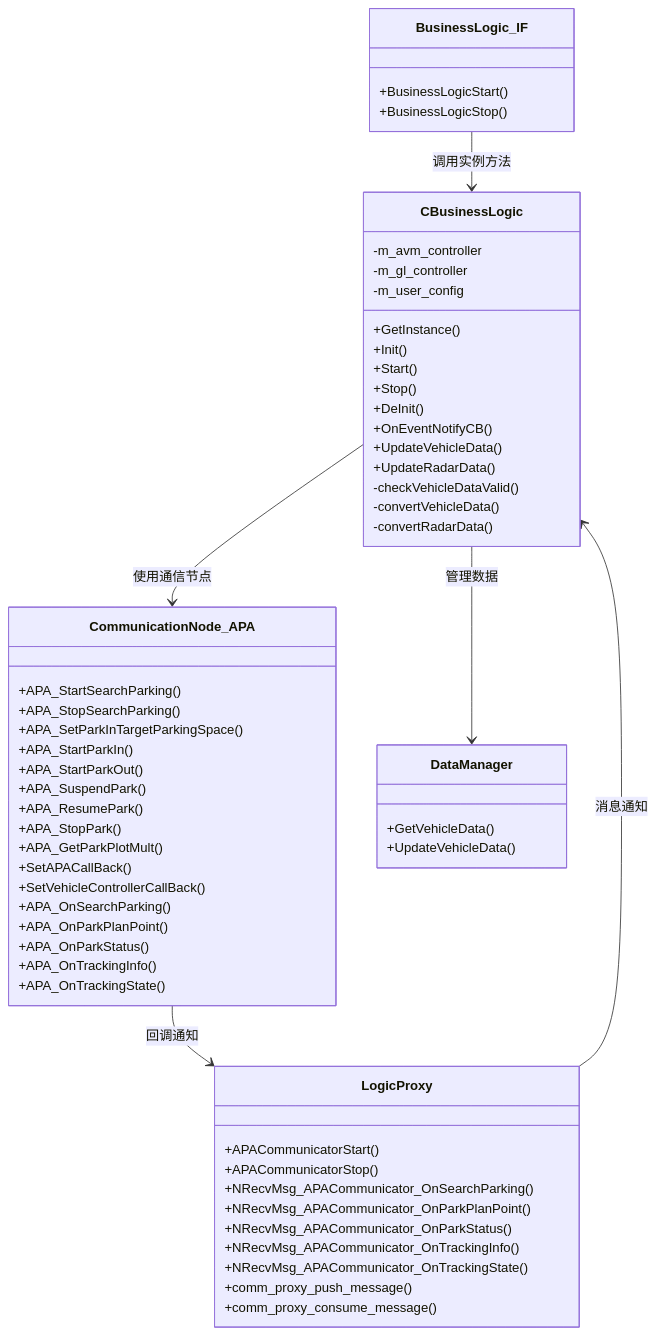
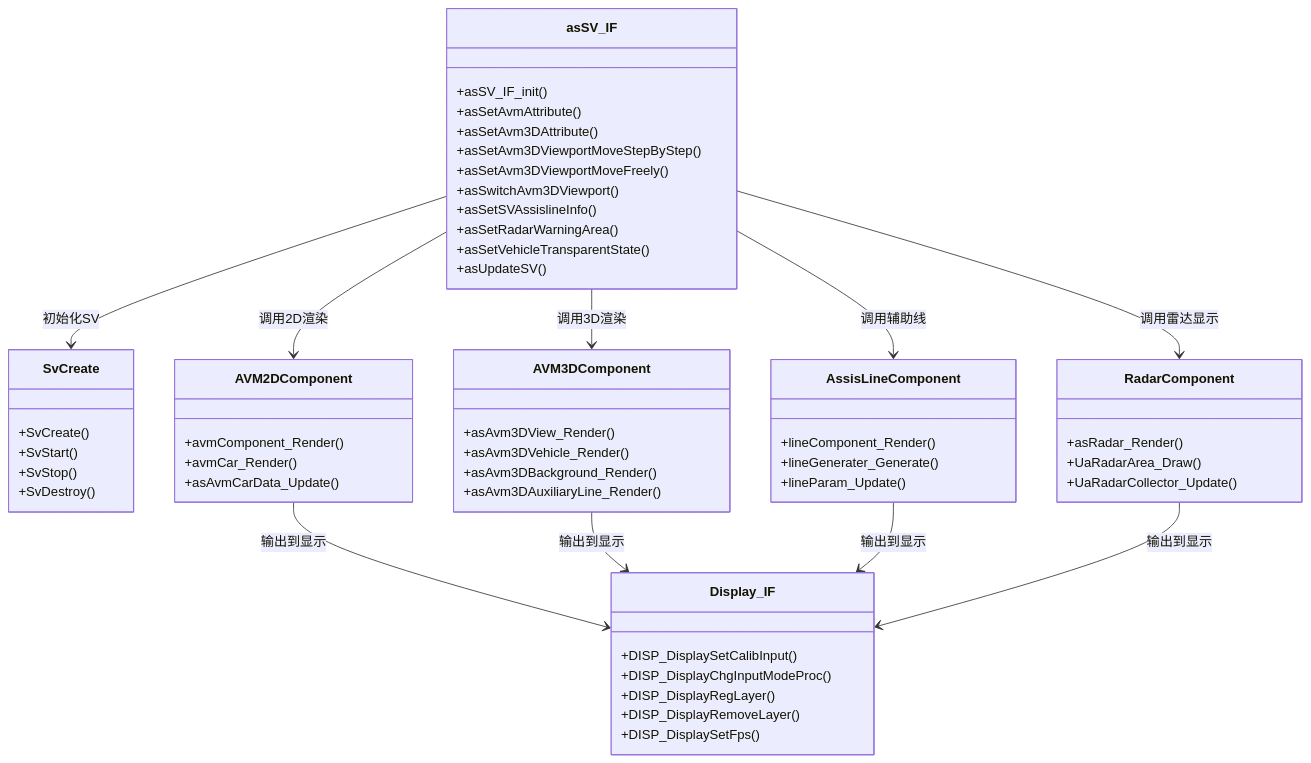
Before and after one commit to wangye311/AVM: the third of 9 diagrams in 项目架构图.md, drawn with Mermaid. The commit also changed other lines of this file, not shown here.

````diff
--- a/项目架构图.md
+++ b/项目架构图.md
@@ -443,66 +197,65 @@
 ```mermaid
 classDiagram
-    class BusinessLogic_IF {
-        +BusinessLogicStart()
-        +BusinessLogicStop()
+    class asSV_IF {
+        +asSV_IF_init()
+        +asSetAvmAttribute()
+        +asSetAvm3DAttribute()
+        +asSetAvm3DViewportMoveStepByStep()
+        +asSetAvm3DViewportMoveFreely()
+        +asSwitchAvm3DViewport()
+        +asSetSVAssislineInfo()
+        +asSetRadarWarningArea()
+        +asSetVehicleTransparentState()
+        +asUpdateSV()
     }
     
-    class CBusinessLogic {
-        -m_avm_controller
-        -m_gl_controller
-        -m_user_config
-        +GetInstance()
-        +Init()
-        +Start()
-        +Stop()
-        +DeInit()
-        +OnEventNotifyCB()
-        +UpdateVehicleData()
-        +UpdateRadarData()
-        -checkVehicleDataValid()
-        -convertVehicleData()
-        -convertRadarData()
+    class SvCreate {
+        +SvCreate()
+        +SvStart()
+        +SvStop()
+        +SvDestroy()
     }
     
-    class CommunicationNode_APA {
-        +APA_StartSearchParking()
-        +APA_StopSearchParking()
-        +APA_SetParkInTargetParkingSpace()
-        +APA_StartParkIn()
-        +APA_StartParkOut()
-        +APA_SuspendPark()
-        +APA_ResumePark()
-        +APA_StopPark()
-        +APA_GetParkPlotMult()
-        +SetAPACallBack()
-        +SetVehicleControllerCallBack()
-        +APA_OnSearchParking()
-        +APA_OnParkPlanPoint()
-        +APA_OnParkStatus()
-        +APA_OnTrackingInfo()
-        +APA_OnTrackingState()
+    class AVM2DComponent {
+        +avmComponent_Render()
+        +avmCar_Render()
+        +asAvmCarData_Update()
     }
     
-    class LogicProxy {
-        +APACommunicatorStart()
-        +APACommunicatorStop()
-        +NRecvMsg_APACommunicator_OnSearchParking()
-        +NRecvMsg_APACommunicator_OnParkPlanPoint()
-        +NRecvMsg_APACommunicator_OnParkStatus()
-        +NRecvMsg_APACommunicator_OnTrackingInfo()
-        +NRecvMsg_APACommunicator_OnTrackingState()
-        +comm_proxy_push_message()
-        +comm_proxy_consume_message()
+    class AVM3DComponent {
+        +asAvm3DView_Render()
+        +asAvm3DVehicle_Render()
+        +asAvm3DBackground_Render()
+        +asAvm3DAuxiliaryLine_Render()
     }
     
-    class DataManager {
-        +GetVehicleData()
-        +UpdateVehicleData()
+    class AssisLineComponent {
+        +lineComponent_Render()
+        +lineGenerater_Generate()
+        +lineParam_Update()
     }
     
-    BusinessLogic_IF --> CBusinessLogic : 调用实例方法
-    CBusinessLogic --> CommunicationNode_APA : 使用通信节点
-    CBusinessLogic --> DataManager : 管理数据
-    CommunicationNode_APA --> LogicProxy : 回调通知
-    LogicProxy --> CBusinessLogic : 消息通知
+    class RadarComponent {
+        +asRadar_Render()
+        +UaRadarArea_Draw()
+        +UaRadarCollector_Update()
+    }
+    
+    class Display_IF {
+        +DISP_DisplaySetCalibInput()
+        +DISP_DisplayChgInputModeProc()
+        +DISP_DisplayRegLayer()
+        +DISP_DisplayRemoveLayer()
+        +DISP_DisplaySetFps()
+    }
+    
+    asSV_IF --> SvCreate : 初始化SV
+    asSV_IF --> AVM2DComponent : 调用2D渲染
+    asSV_IF --> AVM3DComponent : 调用3D渲染
+    asSV_IF --> AssisLineComponent : 调用辅助线
+    asSV_IF --> RadarComponent : 调用雷达显示
+    AVM2DComponent --> Display_IF : 输出到显示
+    AVM3DComponent --> Display_IF : 输出到显示
+    AssisLineComponent --> Display_IF : 输出到显示
+    RadarComponent --> Display_IF : 输出到显示
 ```
````
